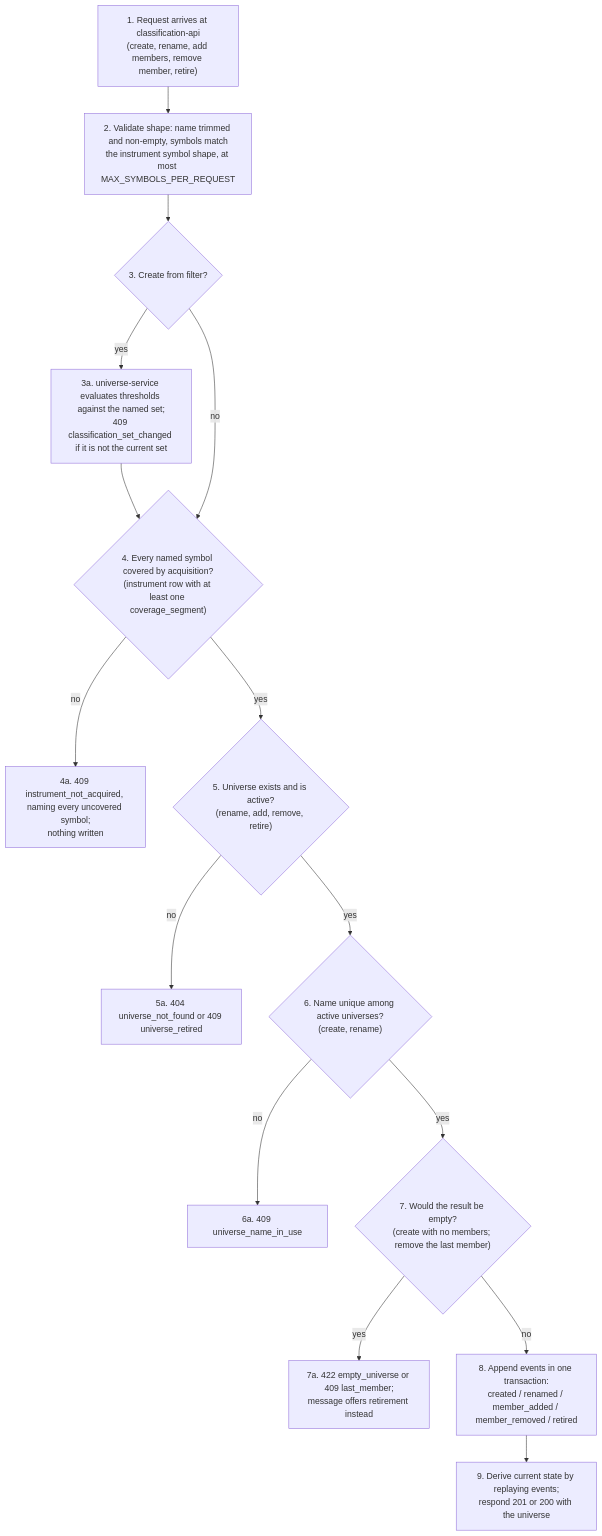
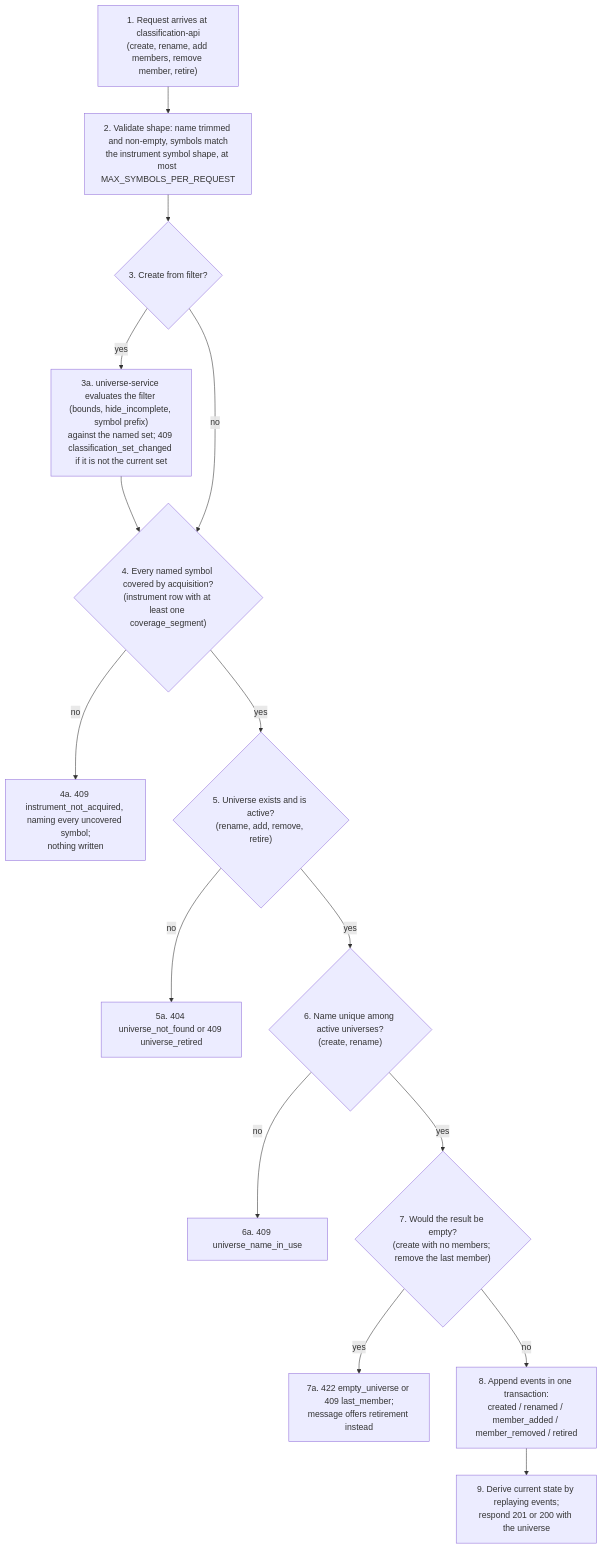
One commit to ajodraca/FactorFlow-v2 changed the third of 3 diagrams in docs/capabilities/CAP-002-universe-and-factor-classification/design/system-design.md. Above: the diagram before and after it, drawn with Mermaid. The commit also changed other lines of this file and 1 other file, not shown here.

````diff
--- a/docs/capabilities/CAP-002-universe-and-factor-classification/design/system-design.md
+++ b/docs/capabilities/CAP-002-universe-and-factor-classification/design/system-design.md
@@ -285,29 +309,29 @@
 ```mermaid
 flowchart TD
     N1["1. Request arrives at classification-api<br/>(create, rename, add members, remove member, retire)"]
     N2["2. Validate shape: name trimmed and non-empty, symbols match<br/>the instrument symbol shape, at most MAX_SYMBOLS_PER_REQUEST"]
     N3{"3. Create from filter?"}
-    N3a["3a. universe-service evaluates thresholds against the named set;<br/>409 classification_set_changed if it is not the current set"]
+    N3a["3a. universe-service evaluates the filter (bounds, hide_incomplete, symbol prefix)<br/>against the named set; 409 classification_set_changed if it is not the current set"]
     N4{"4. Every named symbol covered by acquisition?<br/>(instrument row with at least one coverage_segment)"}
     N4a["4a. 409 instrument_not_acquired, naming every uncovered symbol;<br/>nothing written"]
     N5{"5. Universe exists and is active?<br/>(rename, add, remove, retire)"}
     N5a["5a. 404 universe_not_found or 409 universe_retired"]
     N6{"6. Name unique among active universes?<br/>(create, rename)"}
     N6a["6a. 409 universe_name_in_use"]
     N7{"7. Would the result be empty?<br/>(create with no members; remove the last member)"}
     N7a["7a. 422 empty_universe or 409 last_member;<br/>message offers retirement instead"]
     N8["8. Append events in one transaction:<br/>created / renamed / member_added / member_removed / retired"]
     N9["9. Derive current state by replaying events;<br/>respond 201 or 200 with the universe"]
 
     N1 --> N2 --> N3
     N3 -->|yes| N3a --> N4
     N3 -->|no| N4
     N4 -->|no| N4a
     N4 -->|yes| N5
     N5 -->|no| N5a
     N5 -->|yes| N6
     N6 -->|no| N6a
     N6 -->|yes| N7
     N7 -->|yes| N7a
     N7 -->|no| N8 --> N9
 ```
````
